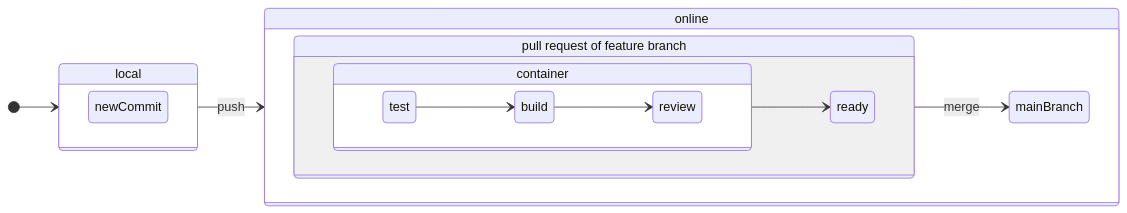
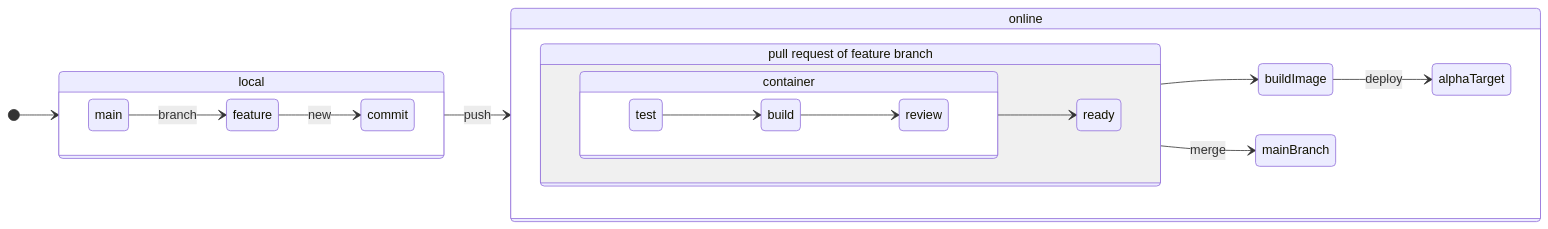
Before and after one commit to hsd-inflab/se3: the second of 3 diagrams in README.md, drawn with Mermaid. The commit also changed other lines of this file and 2 other files, not shown here.

````diff
--- a/README.md
+++ b/README.md
@@ -48,36 +48,39 @@
 ```mermaid
 stateDiagram
   direction LR
   local: local
   
   online: online
   pr: pull request of feature branch
   container: container
 
   [*] --> local
 
   state local {
     direction LR
-    newCommit
+    main --> feature : branch
+    feature --> commit : new
   }
   
   local--> online : push
   state online {
 
     state pr {
       direction LR
       
       state container {
         direction LR
         test --> build
         build --> review
       }
       container --> ready
     }
+    pr --> buildImage
+    buildImage --> alphaTarget : deploy
 
     direction LR
     
     pr --> mainBranch : merge
   }
   
 ```
````
